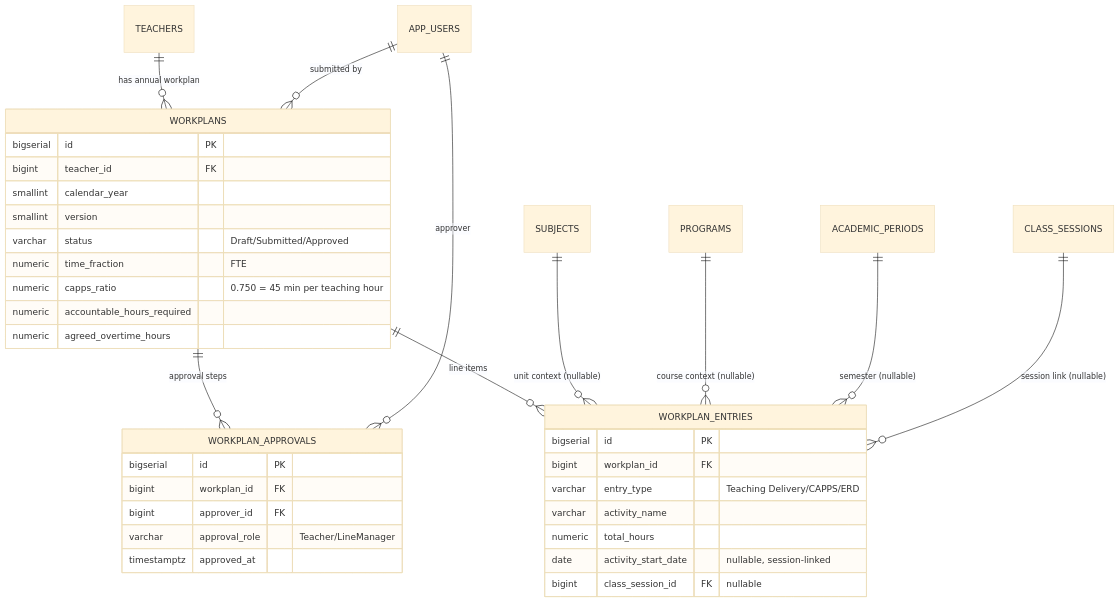
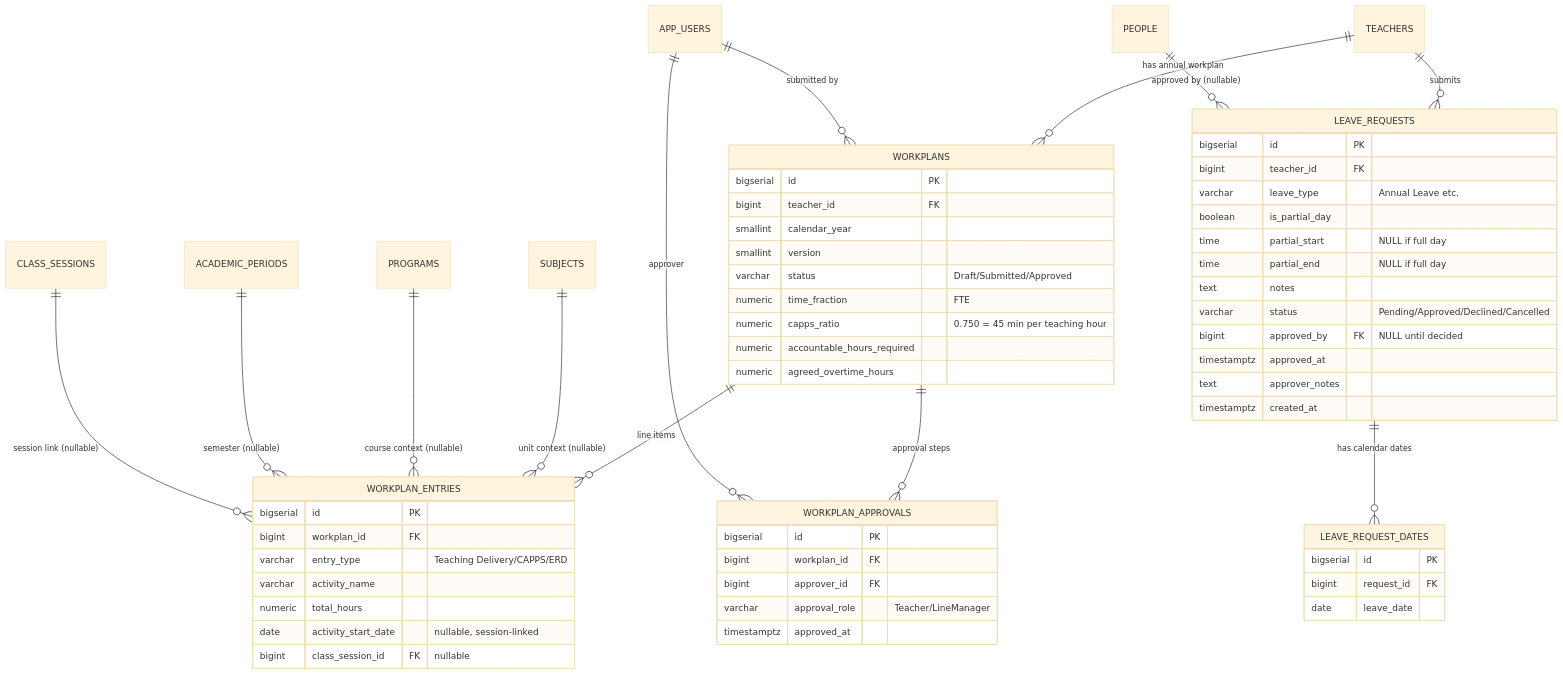
The tenth of 15 diagrams in docs/DATABASE.md (harleycalvert/nvims), drawn with Mermaid (base theme) before and after one commit. The commit also changed other lines of this file and 7 other files, not shown here.

````diff
--- a/docs/DATABASE.md
+++ b/docs/DATABASE.md
@@ -431,40 +431,62 @@
 ```mermaid
 erDiagram
     TEACHERS ||--o{ WORKPLANS : "has annual workplan"
     APP_USERS ||--o{ WORKPLANS : "submitted by"
     WORKPLANS ||--o{ WORKPLAN_APPROVALS : "approval steps"
     APP_USERS ||--o{ WORKPLAN_APPROVALS : "approver"
     WORKPLANS ||--o{ WORKPLAN_ENTRIES : "line items"
     SUBJECTS ||--o{ WORKPLAN_ENTRIES : "unit context (nullable)"
     PROGRAMS ||--o{ WORKPLAN_ENTRIES : "course context (nullable)"
     ACADEMIC_PERIODS ||--o{ WORKPLAN_ENTRIES : "semester (nullable)"
     CLASS_SESSIONS ||--o{ WORKPLAN_ENTRIES : "session link (nullable)"
+    TEACHERS ||--o{ LEAVE_REQUESTS : "submits"
+    PEOPLE ||--o{ LEAVE_REQUESTS : "approved by (nullable)"
+    LEAVE_REQUESTS ||--o{ LEAVE_REQUEST_DATES : "has calendar dates"
 
     WORKPLANS {
         bigserial id PK
         bigint teacher_id FK
         smallint calendar_year
         smallint version
         varchar status "Draft/Submitted/Approved"
         numeric time_fraction "FTE"
         numeric capps_ratio "0.750 = 45 min per teaching hour"
         numeric accountable_hours_required
         numeric agreed_overtime_hours
     }
     WORKPLAN_ENTRIES {
         bigserial id PK
         bigint workplan_id FK
         varchar entry_type "Teaching Delivery/CAPPS/ERD"
         varchar activity_name
         numeric total_hours
         date activity_start_date "nullable, session-linked"
         bigint class_session_id FK "nullable"
     }
     WORKPLAN_APPROVALS {
         bigserial id PK
         bigint workplan_id FK
         bigint approver_id FK
         varchar approval_role "Teacher/LineManager"
         timestamptz approved_at
     }
+    LEAVE_REQUESTS {
+        bigserial id PK
+        bigint teacher_id FK
+        varchar leave_type "Annual Leave etc."
+        boolean is_partial_day
+        time partial_start "NULL if full day"
+        time partial_end "NULL if full day"
+        text notes
+        varchar status "Pending/Approved/Declined/Cancelled"
+        bigint approved_by FK "NULL until decided"
+        timestamptz approved_at
+        text approver_notes
+        timestamptz created_at
+    }
+    LEAVE_REQUEST_DATES {
+        bigserial id PK
+        bigint request_id FK
+        date leave_date
+    }
 ```
````
